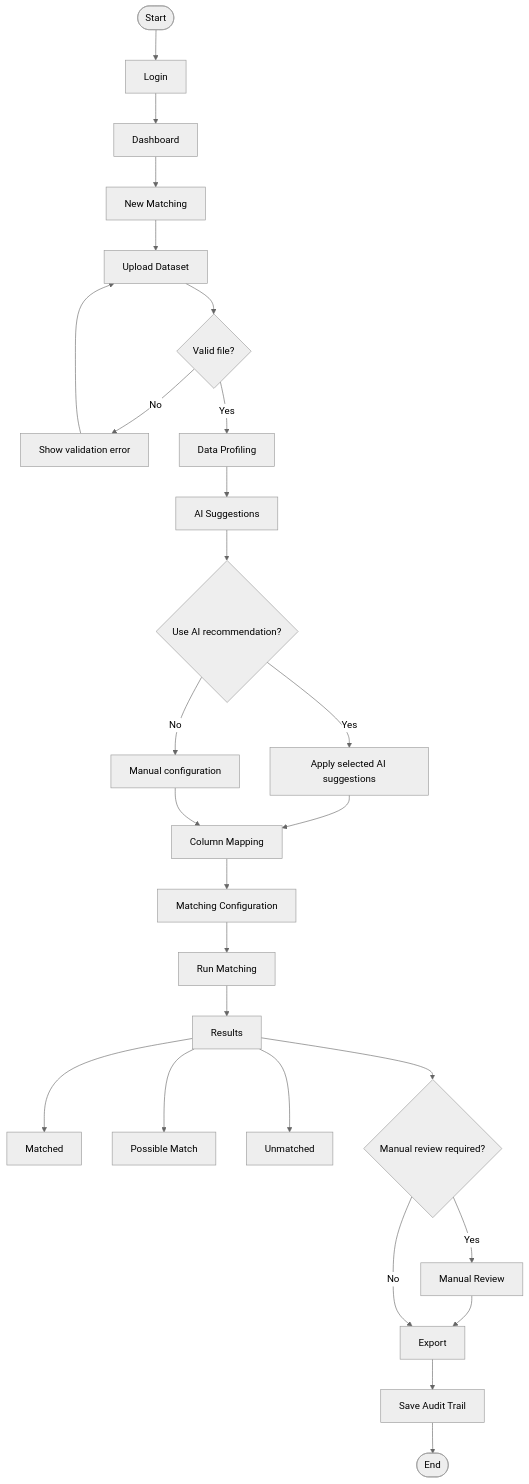
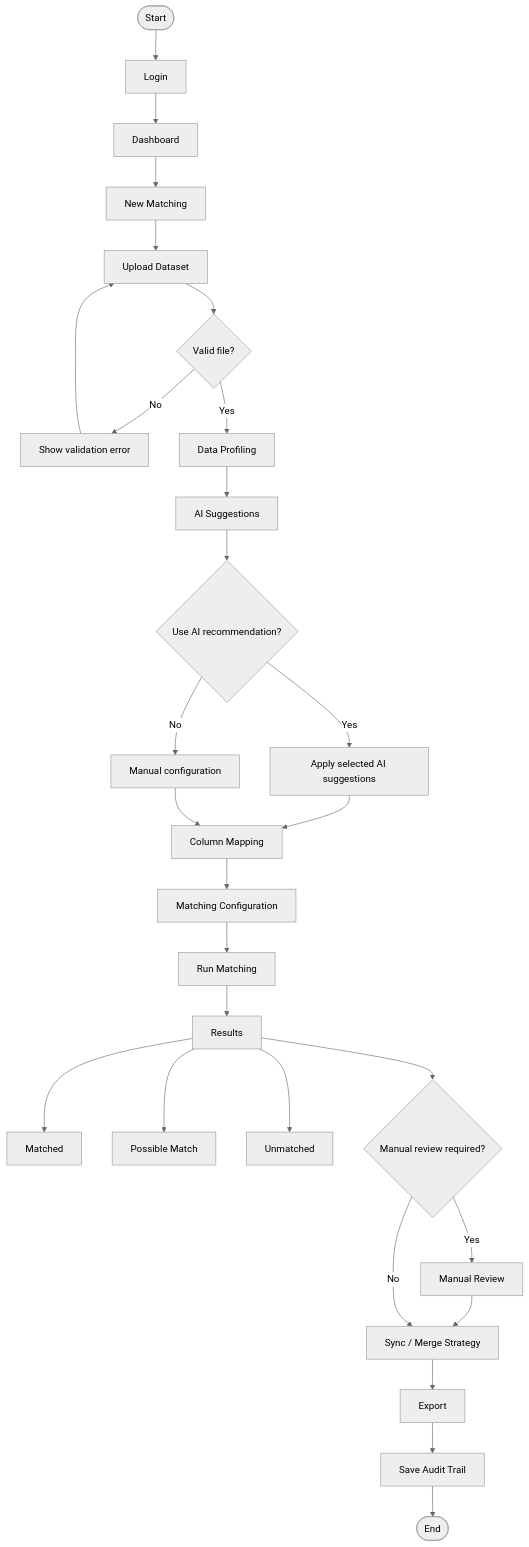
One commit to milzamf/rematch-matchingdata changed the diagram in PRD.md. Above: the diagram before and after it, drawn with Mermaid (neutral theme). The commit also changed other lines of this file and 3 other files, not shown here.

Commit message:
feat: sync strategy

````diff
--- a/PRD.md
+++ b/PRD.md
@@ -1324,29 +1334,30 @@
 ```mermaid
 flowchart TD
     A([Start]) --> B[Login]
     B --> C[Dashboard]
     C --> D[New Matching]
     D --> E[Upload Dataset]
     E --> F{Valid file?}
     F -- No --> G[Show validation error]
     G --> E
     F -- Yes --> H[Data Profiling]
     H --> I[AI Suggestions]
     I --> J{Use AI recommendation?}
     J -- Yes --> K[Apply selected AI suggestions]
     J -- No --> L[Manual configuration]
     K --> M[Column Mapping]
     L --> M
     M --> N[Matching Configuration]
     N --> O[Run Matching]
     O --> P[Results]
     P --> P1[Matched]
     P --> P2[Possible Match]
     P --> P3[Unmatched]
     P --> Q{Manual review required?}
     Q -- Yes --> R[Manual Review]
-    R --> S[Export]
+    R --> S[Sync / Merge Strategy]
     Q -- No --> S
-    S --> T[Save Audit Trail]
-    T --> U([End])
+    S --> T[Export]
+    T --> U[Save Audit Trail]
+    U --> V([End])
 ```
````
